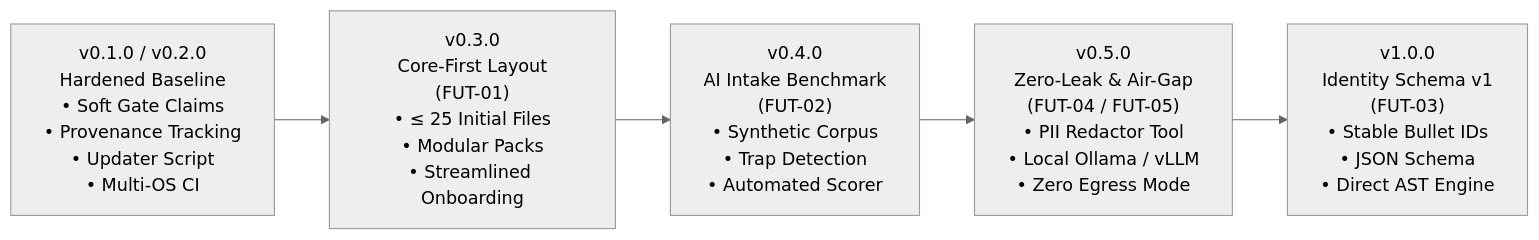
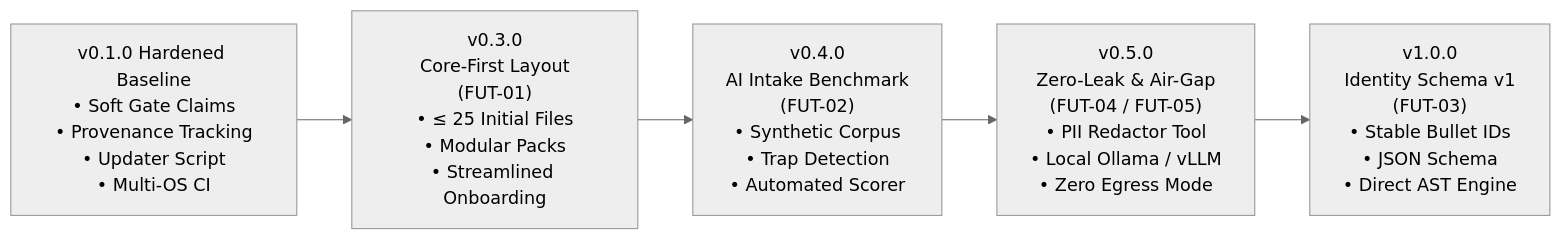
Before and after one commit to bhaskarjha-dev/pramedha-template: the diagram in ROADMAP.md, drawn with Mermaid (neutral theme). The commit also changed other lines of this file and 1 other file, not shown here.

Commit message:
docs: align README and ROADMAP milestones to v0.1.0 hardened release baseline

````diff
--- a/ROADMAP.md
+++ b/ROADMAP.md
@@ -16,7 +16,7 @@
 ```mermaid
 flowchart LR
-    A["v0.1.0 / v0.2.0<br/>Hardened Baseline<br/>• Soft Gate Claims<br/>• Provenance Tracking<br/>• Updater Script<br/>• Multi-OS CI"] --> B["v0.3.0<br/>Core-First Layout<br/>(FUT-01)<br/>• ≤ 25 Initial Files<br/>• Modular Packs<br/>• Streamlined Onboarding"]
+    A["v0.1.0 Hardened Baseline<br/>• Soft Gate Claims<br/>• Provenance Tracking<br/>• Updater Script<br/>• Multi-OS CI"] --> B["v0.3.0<br/>Core-First Layout<br/>(FUT-01)<br/>• ≤ 25 Initial Files<br/>• Modular Packs<br/>• Streamlined Onboarding"]
     B --> C["v0.4.0<br/>AI Intake Benchmark<br/>(FUT-02)<br/>• Synthetic Corpus<br/>• Trap Detection<br/>• Automated Scorer"]
     C --> D["v0.5.0<br/>Zero-Leak & Air-Gap<br/>(FUT-04 / FUT-05)<br/>• PII Redactor Tool<br/>• Local Ollama / vLLM<br/>• Zero Egress Mode"]
     D --> E["v1.0.0<br/>Identity Schema v1<br/>(FUT-03)<br/>• Stable Bullet IDs<br/>• JSON Schema<br/>• Direct AST Engine"]
 ```
````
